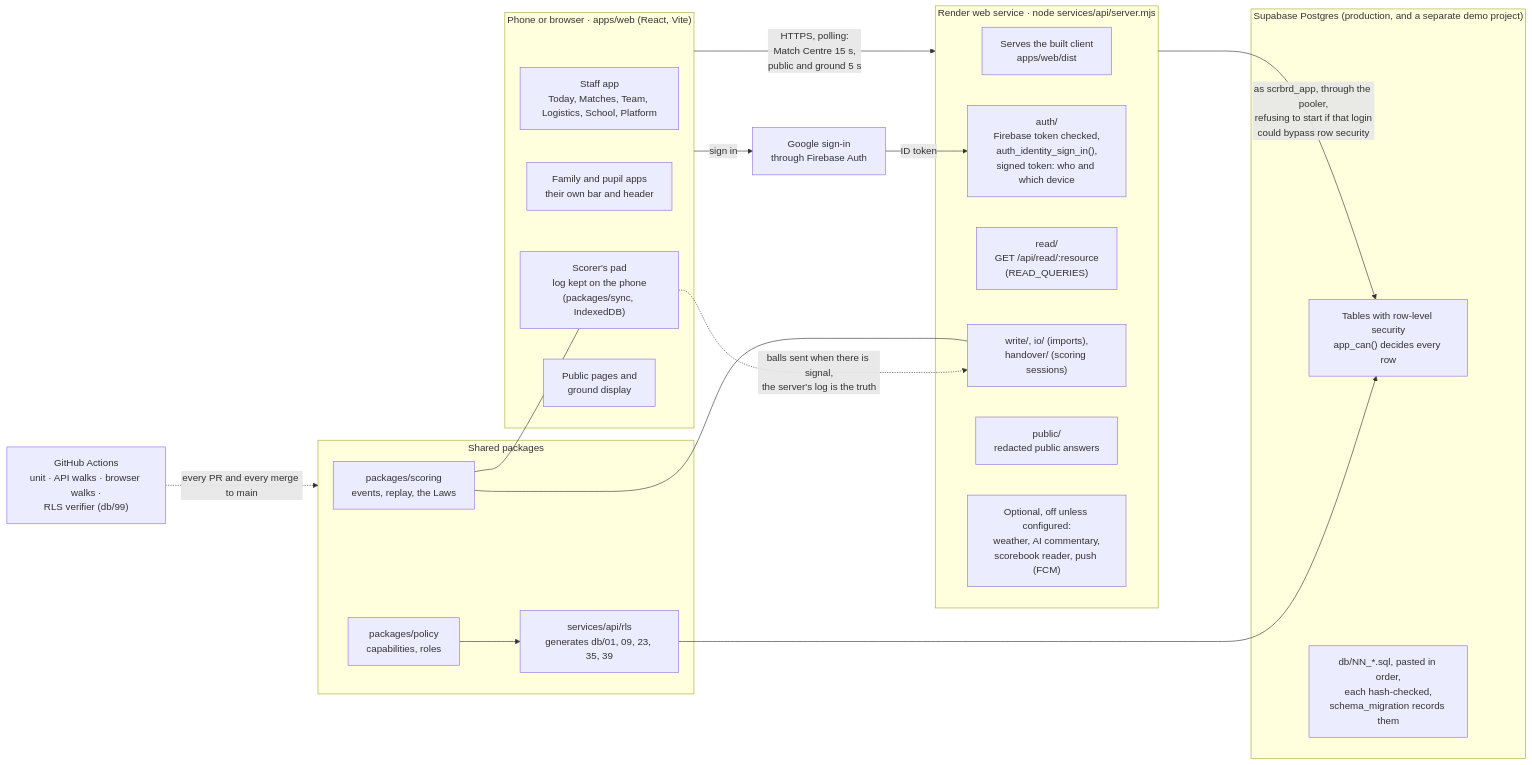
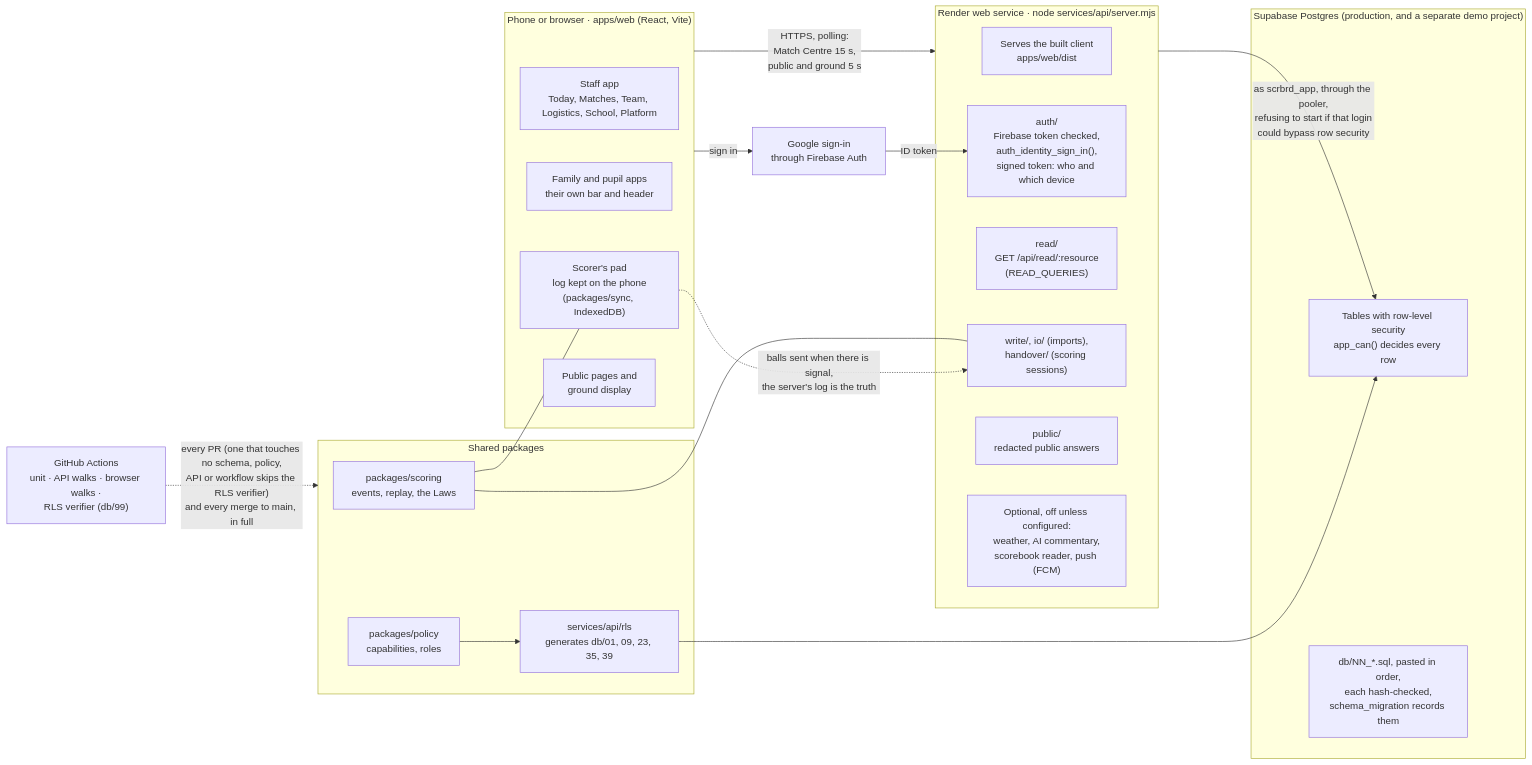
One commit to iamkameel/SCRBRD_OS changed the first of 3 diagrams in docs/architecture/SCRBRD_OS_diagrams.md. Above: the diagram before and after it, drawn with Mermaid. The commit also changed other lines of this file, not shown here.

Commit message:
Diagrams: CI's label follows #396 (screen-only PRs skip the RLS verifier)
Since #396, a PR that touches no schema, policy, API, migrator or workflow
file skips the RLS verifier; every merge to main runs it in full. The
system diagram's CI edge says so, and the checks list names the "What
changed" job. Rendered and checked.

Claude-Session: https://claude.ai/code/session_017VLf6bU44Pmryt7bf7Wx8f

````diff
--- a/docs/architecture/SCRBRD_OS_diagrams.md
+++ b/docs/architecture/SCRBRD_OS_diagrams.md
@@ -9,43 +9,43 @@
 ```mermaid
 flowchart LR
   subgraph Device["Phone or browser · apps/web (React, Vite)"]
     Staff["Staff app<br/>Today, Matches, Team, Logistics, School, Platform"]
     Persona["Family and pupil apps<br/>their own bar and header"]
     Pad["Scorer's pad<br/>log kept on the phone<br/>(packages/sync, IndexedDB)"]
     Public["Public pages and<br/>ground display"]
   end
 
   Google["Google sign-in<br/>through Firebase Auth"]
 
   subgraph Render["Render web service · node services/api/server.mjs"]
     Web["Serves the built client<br/>apps/web/dist"]
     Auth["auth/<br/>Firebase token checked,<br/>auth_identity_sign_in(),<br/>signed token: who and which device"]
     Read["read/<br/>GET /api/read/:resource<br/>(READ_QUERIES)"]
     Write["write/, io/ (imports),<br/>handover/ (scoring sessions)"]
     Pub["public/<br/>redacted public answers"]
     Opt["Optional, off unless configured:<br/>weather, AI commentary,<br/>scorebook reader, push (FCM)"]
   end
 
   subgraph DB["Supabase Postgres (production, and a separate demo project)"]
     PG["Tables with row-level security<br/>app_can() decides every row"]
     Mig["db/NN_*.sql, pasted in order,<br/>each hash-checked,<br/>schema_migration records them"]
   end
 
   subgraph Pkg["Shared packages"]
     Scoring["packages/scoring<br/>events, replay, the Laws"]
     Policy["packages/policy<br/>capabilities, roles"]
     Gen["services/api/rls<br/>generates db/01, 09, 23, 35, 39"]
   end
 
   CI["GitHub Actions<br/>unit · API walks · browser walks ·<br/>RLS verifier (db/99)"]
 
   Device -- "HTTPS, polling:<br/>Match Centre 15 s,<br/>public and ground 5 s" --> Render
   Device -- "sign in" --> Google
   Google -- "ID token" --> Auth
   Render -- "as scrbrd_app, through the pooler,<br/>refusing to start if that login<br/>could bypass row security" --> PG
   Pad -. "balls sent when there is signal,<br/>the server's log is the truth" .-> Write
   Scoring --- Pad
   Scoring --- Write
   Policy --> Gen --> PG
-  CI -. "every PR and every merge to main" .-> Pkg
+  CI -. "every PR (one that touches no schema, policy,<br/>API or workflow skips the RLS verifier)<br/>and every merge to main, in full" .-> Pkg
 ```
````
